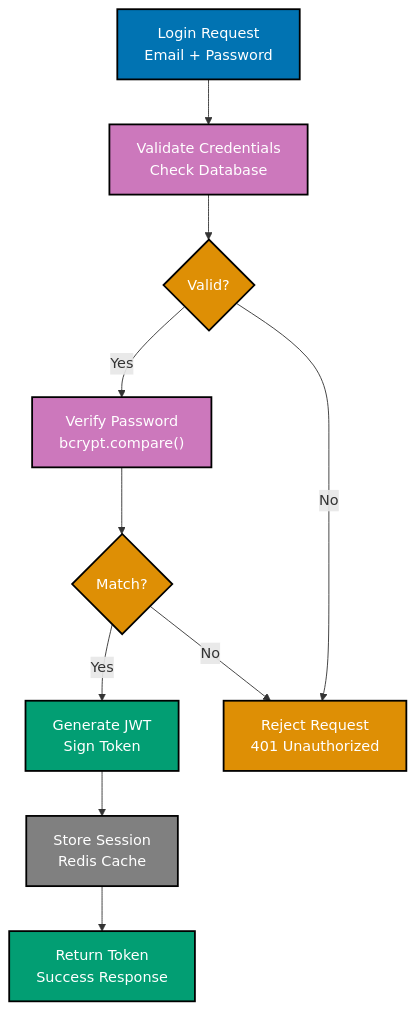
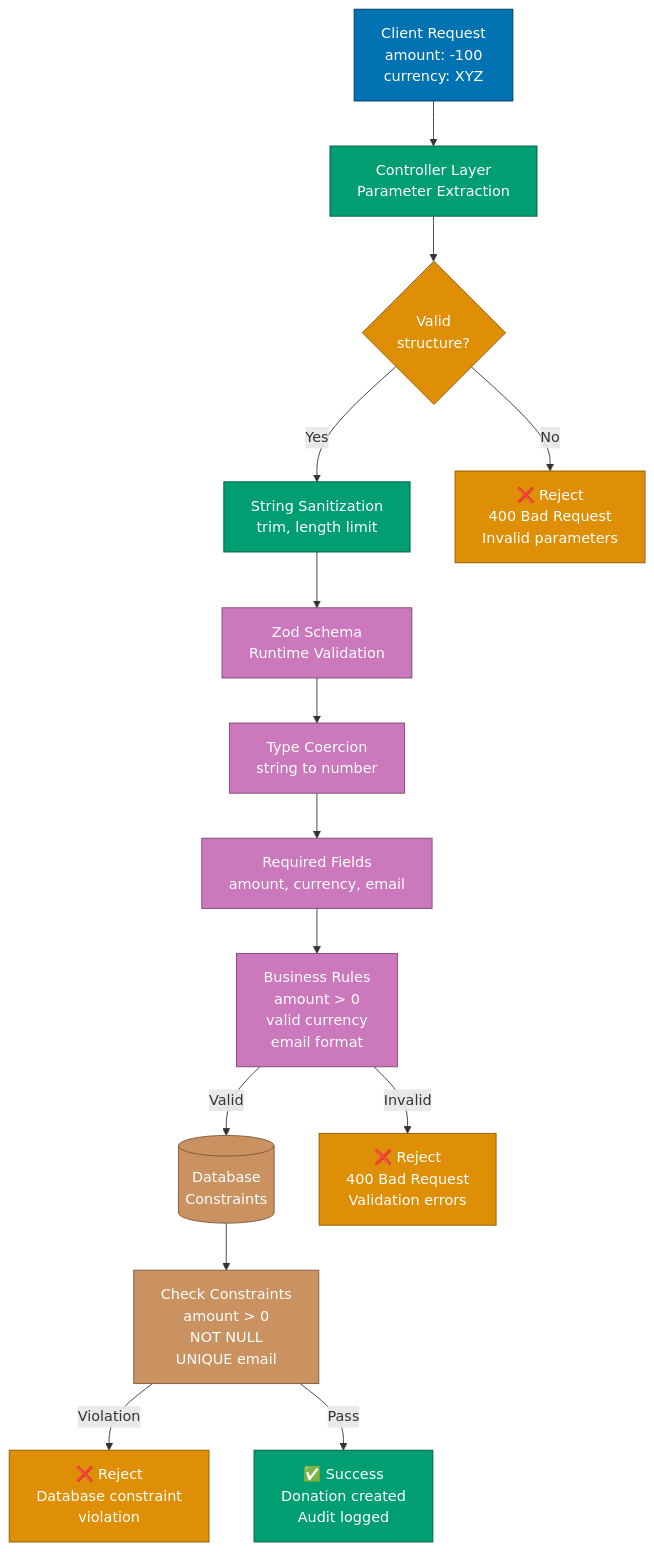
One commit to wahidyankf/open-sharia-enterprise changed the first of 3 diagrams in docs/explanation/software/stack-lang/typescript/ex-so-stla-ts__security.md. Above: the diagram before and after it, drawn with Mermaid. The commit also changed other lines of this file and 63 other files, not shown here.

````diff
--- a/docs/explanation/software/stack-lang/typescript/ex-so-stla-ts__security.md
+++ b/docs/explanation/software/stack-lang/typescript/ex-so-stla-ts__security.md
@@ -73,29 +144,61 @@
 ```mermaid
-%% Color Palette: Blue #0173B2, Orange #DE8F05, Teal #029E73, Purple #CC78BC, Gray #808080
 graph TD
-    A["Login Request<br/>Email + Password"]:::blue
-    B["Validate Credentials<br/>Check Database"]:::purple
-    C{"Valid?"}:::orange
-    D["Verify Password<br/>bcrypt.compare#40;#41;"]:::purple
-    E{"Match?"}:::orange
-    F["Generate JWT<br/>Sign Token"]:::teal
-    G["Store Session<br/>Redis Cache"]:::gray
-    H["Return Token<br/>Success Response"]:::teal
-    I["Reject Request<br/>401 Unauthorized"]:::orange
+    %% Input Source
+    CLIENT[Client Request<br/>amount: -100<br/>currency: XYZ]
 
-    A --> B
-    B --> C
-    C -->|Yes| D
-    C -->|No| I
-    D --> E
-    E -->|Yes| F
-    E -->|No| I
-    F --> G
-    G --> H
+    %% Layer 1: Controller
+    CONTROLLER[Controller Layer<br/>Parameter Extraction]
+    WHITELIST{Valid<br/>structure?}
+    SANITIZE[String Sanitization<br/>trim, length limit]
 
-    classDef blue fill:#0173B2,stroke:#000000,color:#FFFFFF,stroke-width:2px
-    classDef orange fill:#DE8F05,stroke:#000000,color:#FFFFFF,stroke-width:2px
-    classDef teal fill:#029E73,stroke:#000000,color:#FFFFFF,stroke-width:2px
-    classDef purple fill:#CC78BC,stroke:#000000,color:#FFFFFF,stroke-width:2px
-    classDef gray fill:#808080,stroke:#000000,color:#FFFFFF,stroke-width:2px
+    %% Layer 2: Schema Validation
+    ZOD[Zod Schema<br/>Runtime Validation]
+    TYPE_CHECK[Type Coercion<br/>string to number]
+    VALIDATE_REQ[Required Fields<br/>amount, currency, email]
+    VALIDATE_BIZ[Business Rules<br/>amount > 0<br/>valid currency<br/>email format]
+
+    %% Layer 3: Database
+    DATABASE[(Database<br/>Constraints)]
+    DB_CONSTRAINTS[Check Constraints<br/>amount > 0<br/>NOT NULL<br/>UNIQUE email]
+
+    %% Success/Error Paths
+    REJECT_PARAM[❌ Reject<br/>400 Bad Request<br/>Invalid parameters]
+    REJECT_BIZ[❌ Reject<br/>400 Bad Request<br/>Validation errors]
+    REJECT_DB[❌ Reject<br/>Database constraint<br/>violation]
+    SUCCESS[✅ Success<br/>Donation created<br/>Audit logged]
+
+    %% Flow
+    CLIENT --> CONTROLLER
+    CONTROLLER --> WHITELIST
+
+    WHITELIST -->|No| REJECT_PARAM
+    WHITELIST -->|Yes| SANITIZE
+
+    SANITIZE --> ZOD
+    ZOD --> TYPE_CHECK
+    TYPE_CHECK --> VALIDATE_REQ
+    VALIDATE_REQ --> VALIDATE_BIZ
+
+    VALIDATE_BIZ -->|Invalid| REJECT_BIZ
+    VALIDATE_BIZ -->|Valid| DATABASE
+
+    DATABASE --> DB_CONSTRAINTS
+    DB_CONSTRAINTS -->|Violation| REJECT_DB
+    DB_CONSTRAINTS -->|Pass| SUCCESS
+
+    %% Styling (WCAG AA compliant)
+    style CLIENT fill:#0173B2,stroke:#023B5A,color:#FFF
+    style CONTROLLER fill:#029E73,stroke:#01593F,color:#FFF
+    style WHITELIST fill:#DE8F05,stroke:#8A5903,color:#FFF
+    style SANITIZE fill:#029E73,stroke:#01593F,color:#FFF
+    style ZOD fill:#CC78BC,stroke:#7A4871,color:#FFF
+    style TYPE_CHECK fill:#CC78BC,stroke:#7A4871,color:#FFF
+    style VALIDATE_REQ fill:#CC78BC,stroke:#7A4871,color:#FFF
+    style VALIDATE_BIZ fill:#CC78BC,stroke:#7A4871,color:#FFF
+    style DATABASE fill:#CA9161,stroke:#7A5739,color:#FFF
+    style DB_CONSTRAINTS fill:#CA9161,stroke:#7A5739,color:#FFF
+    style REJECT_PARAM fill:#DE8F05,stroke:#8A5903,color:#FFF
+    style REJECT_BIZ fill:#DE8F05,stroke:#8A5903,color:#FFF
+    style REJECT_DB fill:#DE8F05,stroke:#8A5903,color:#FFF
+    style SUCCESS fill:#029E73,stroke:#01593F,color:#FFF
 ```
````
